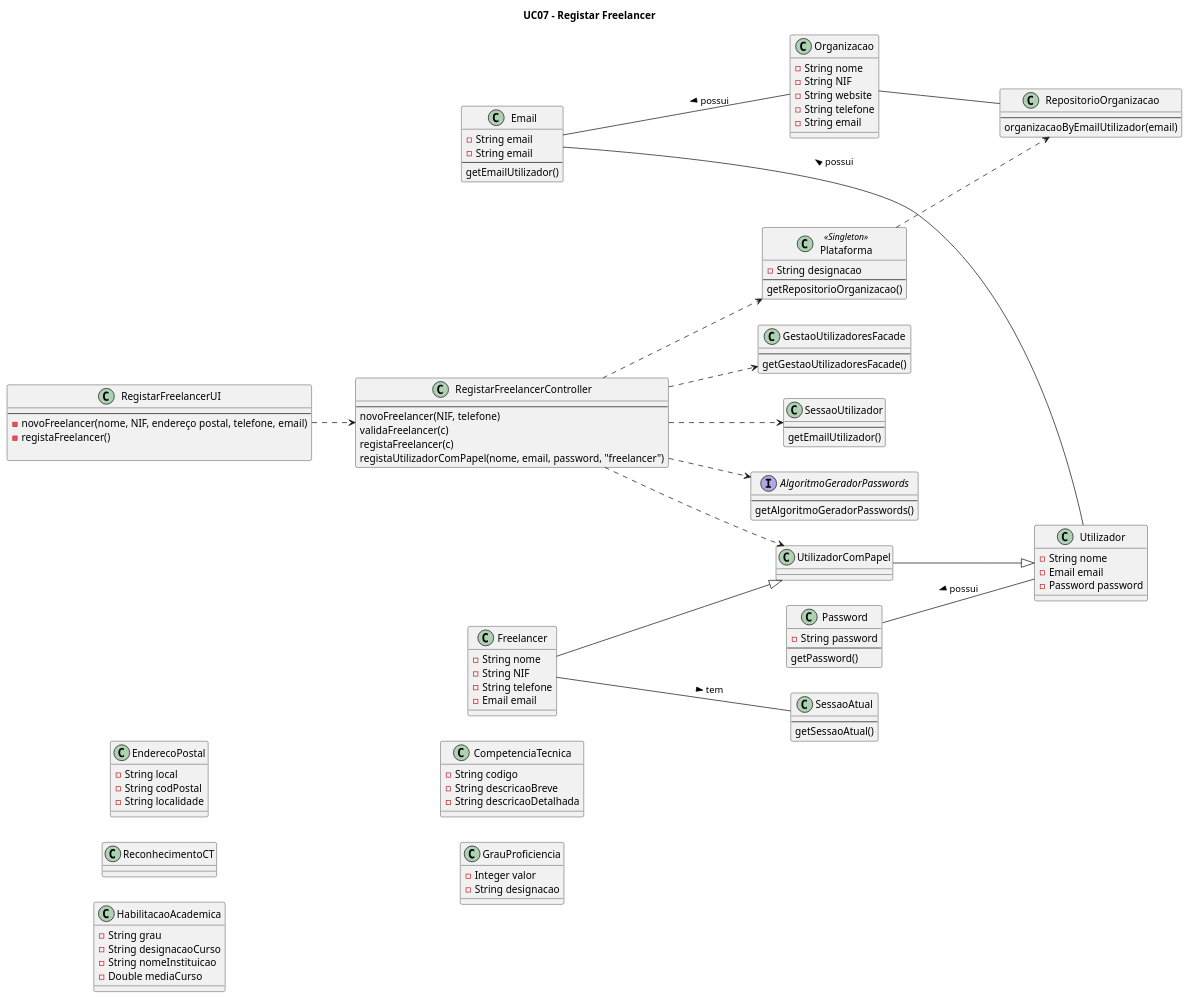
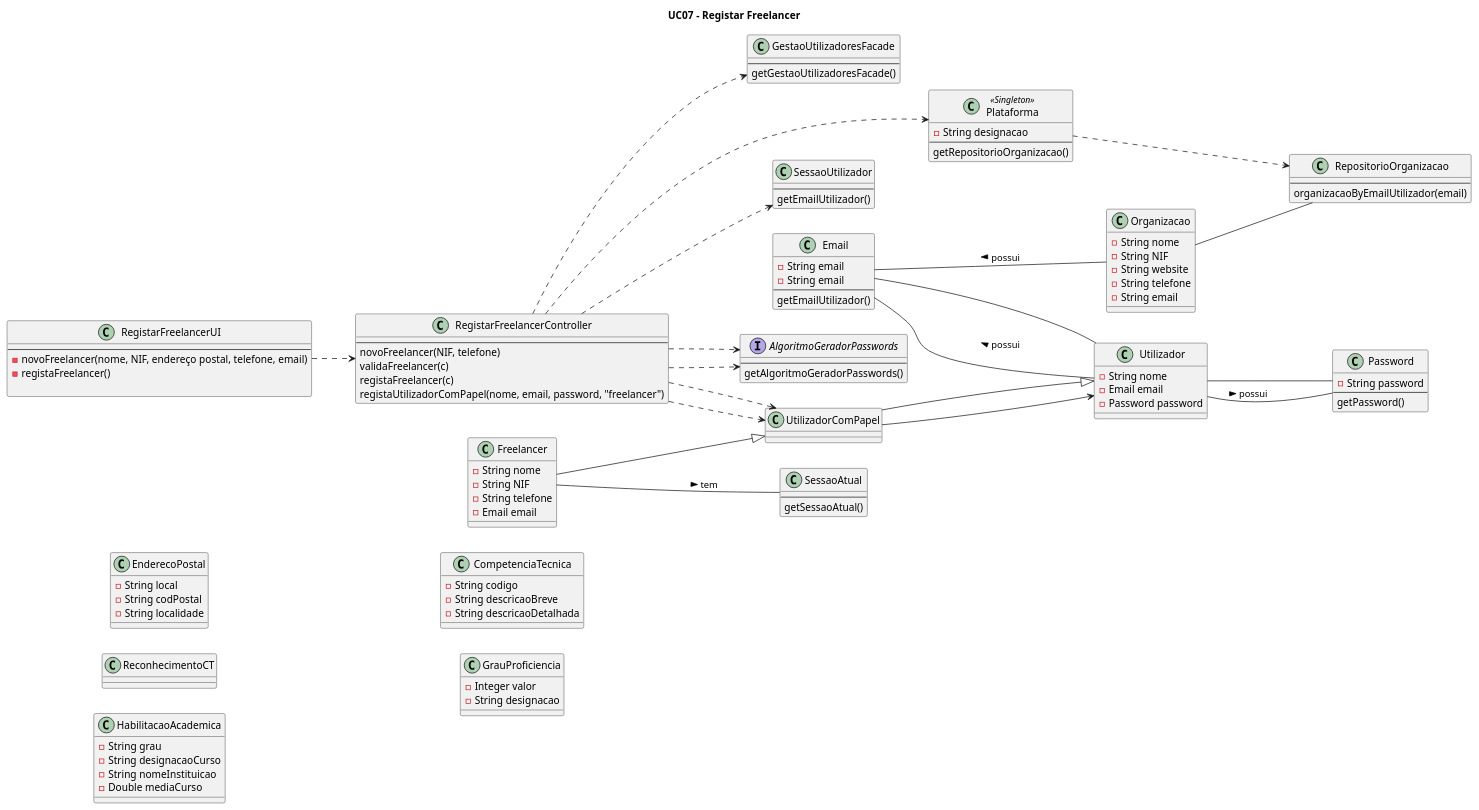
The diagram in Documentação/Sprint 3/UC07_Registar_Freelancer/UC07_Registar_Freelancer_Diagrama_Classes.puml (blestonbandeiraUPSKILL/upskill_java1_labprg_grupo2), drawn with PlantUML before and after one commit.

```diff
--- a/Documentação/Sprint 3/UC07_Registar_Freelancer/UC07_Registar_Freelancer_Diagrama_Classes.puml
+++ b/Documentação/Sprint 3/UC07_Registar_Freelancer/UC07_Registar_Freelancer_Diagrama_Classes.puml
@@ -1,138 +1,145 @@
 @startuml
 
 title UC07 - Registar Freelancer
 
 left to right direction
 
 class Plataforma <<Singleton>> {
     -String designacao
     --
     getRepositorioOrganizacao()
 }
 
 class RegistarFreelancerUI{
     --
     -novoFreelancer(nome, NIF, endereço postal, telefone, email)
     -registaFreelancer()
 
 }
 
 class RegistarFreelancerController{
     --
     novoFreelancer(NIF, telefone)
     validaFreelancer(c)
     registaFreelancer(c)
     registaUtilizadorComPapel(nome, email, password, "freelancer")
 }
 
 class Freelancer {
     -String nome
     -String NIF
     -String telefone
     -Email email
 }
 
 class EnderecoPostal {
     -String local
     -String codPostal
     -String localidade
 }
 
 class Email {
     -String email
 }
 
 class ReconhecimentoCT {
 }
 
 class HabilitacaoAcademica {
     -String grau
     -String designacaoCurso
     -String nomeInstituicao
     -Double mediaCurso
 }
 
 class CompetenciaTecnica {
     -String codigo
     -String descricaoBreve
     -String descricaoDetalhada
 }
 
 class GrauProficiencia {
     -Integer valor
     -String designacao
 }
 
 class Utilizador {
     -String nome
     -Email email
     -Password password
 }
 
 class GestaoUtilizadoresFacade{
     --
     getGestaoUtilizadoresFacade()
 }
 
 class SessaoAtual{
     --
     getSessaoAtual()
 }
 
 class SessaoUtilizador{
     --
     getEmailUtilizador()
 }
 
 class RepositorioOrganizacao{
     --
     organizacaoByEmailUtilizador(email)
 }
 
 interface AlgoritmoGeradorPasswords{
     --
     getAlgoritmoGeradorPasswords()
 }
 
 class Password{
     -String password
     --
     getPassword()
 }
 
 class UtilizadorComPapel{
 }
 
 
 class Email {
     -String email
     --
     getEmailUtilizador()
 }
 
 class Organizacao {
     -String nome
     -String NIF
     -String website
     -String telefone
     -String email
 }
 
 RegistarFreelancerUI ..> RegistarFreelancerController
+RegistarFreelancerController ..> SessaoUtilizador
 RegistarFreelancerController ..> Plataforma
+RegistarFreelancerController ..> AlgoritmoGeradorPasswords
 RegistarFreelancerController ..> GestaoUtilizadoresFacade
-RegistarFreelancerController ..> SessaoUtilizador
+RegistarFreelancerController ..> UtilizadorComPapel
+UtilizadorComPapel --> Utilizador
+Utilizador -- Password
+Utilizador -- Email
+Email -- Organizacao: < possui
+
 
 Freelancer --|> UtilizadorComPapel
 UtilizadorComPapel --|> Utilizador
 Email -- Utilizador: < possui
 Password -- Utilizador: < possui
-Email -- Organizacao: < possui
+
 Organizacao -- RepositorioOrganizacao
 Freelancer -- SessaoAtual: tem >
 RegistarFreelancerController ..> UtilizadorComPapel
 RegistarFreelancerController ..> AlgoritmoGeradorPasswords
 Plataforma ..> RepositorioOrganizacao
 
 
 @enduml
```
